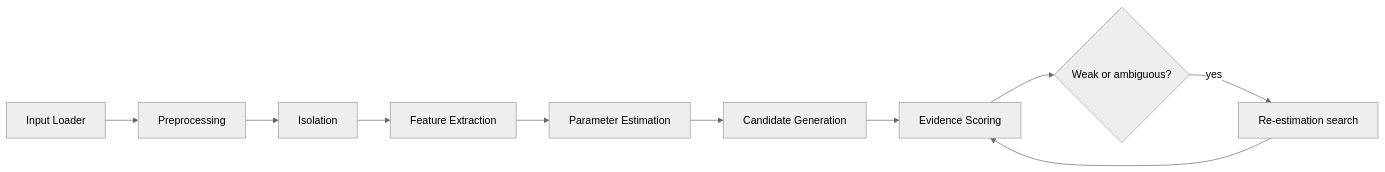
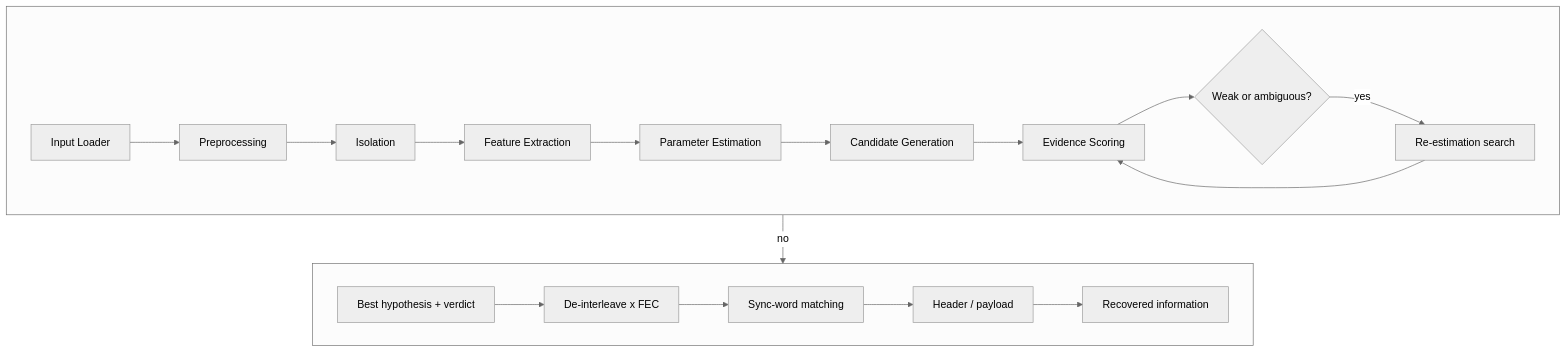
Before and after one commit to Akhil-0911/SigIQ: the second of 3 diagrams in README.md, drawn with Mermaid (neutral theme). The commit also changed other lines of this file, not shown here.

Commit message:
Reconnect the pipeline flowchart into one diagram, two rows
Back to a single diagram (two stacked subgraphs, top-down outer /
left-to-right inner -- the combination that rendered correctly
before, unlike the LR-outer/TB-inner version that broke). The two
rows are linked by a real edge (the verdict's "no" branch) instead
of being separate unconnected diagrams, and neither row is labelled
"Part 1"/"Part 2" anywhere, in the diagram or the surrounding text.

````diff
--- a/README.md
+++ b/README.md
@@ -104,7 +102,16 @@
 ```mermaid
-flowchart LR
-    L[Input Loader] --> P[Preprocessing] --> I[Isolation] --> F[Feature Extraction]
-    F --> E[Parameter Estimation] --> G[Candidate Generation] --> S[Evidence Scoring]
-    S --> W{Weak or ambiguous?}
-    W -- yes --> R[Re-estimation search] --> S
+flowchart TD
+    subgraph Group1[" "]
+        direction LR
+        L[Input Loader] --> P[Preprocessing] --> I[Isolation] --> F[Feature Extraction]
+        F --> E[Parameter Estimation] --> G[Candidate Generation] --> S[Evidence Scoring]
+        S --> W{Weak or ambiguous?}
+        W -- yes --> R[Re-estimation search] --> S
+    end
+    subgraph Group2[" "]
+        direction LR
+        V[Best hypothesis + verdict] --> D[De-interleave x FEC]
+        D --> H[Sync-word matching] --> PL[Header / payload] --> RI[Recovered information]
+    end
+    W -- no --> V
 ```
````
